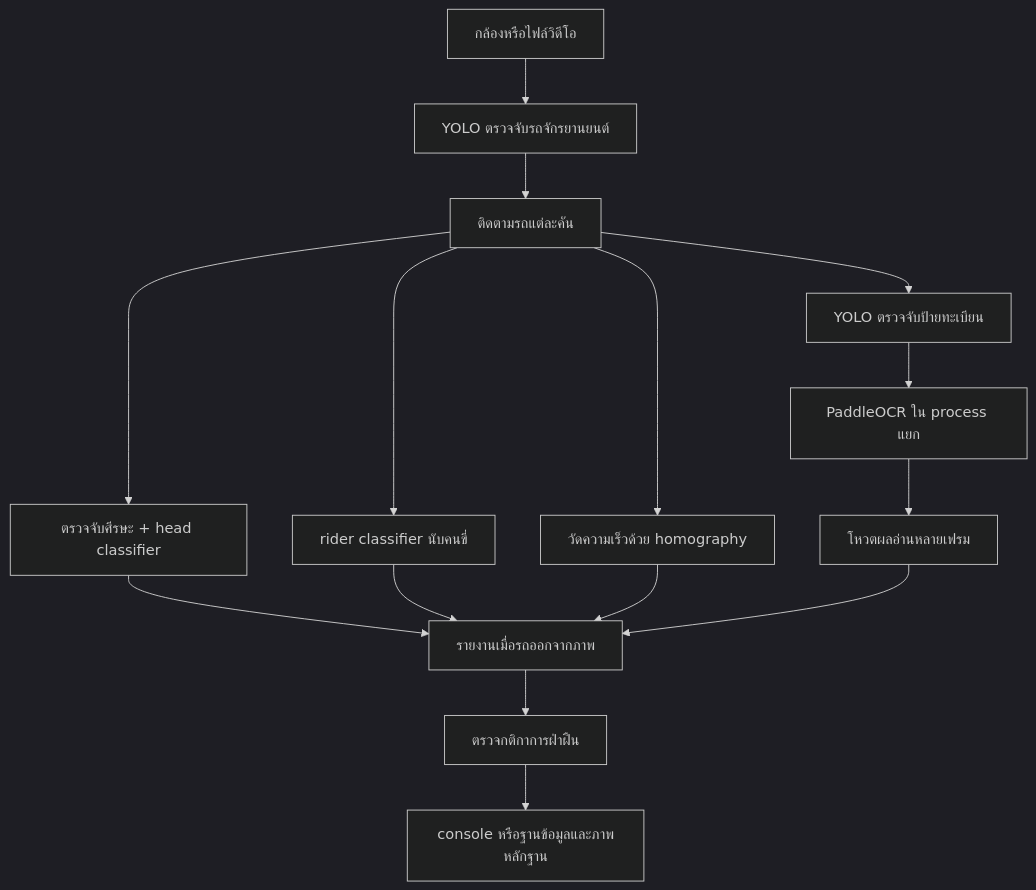
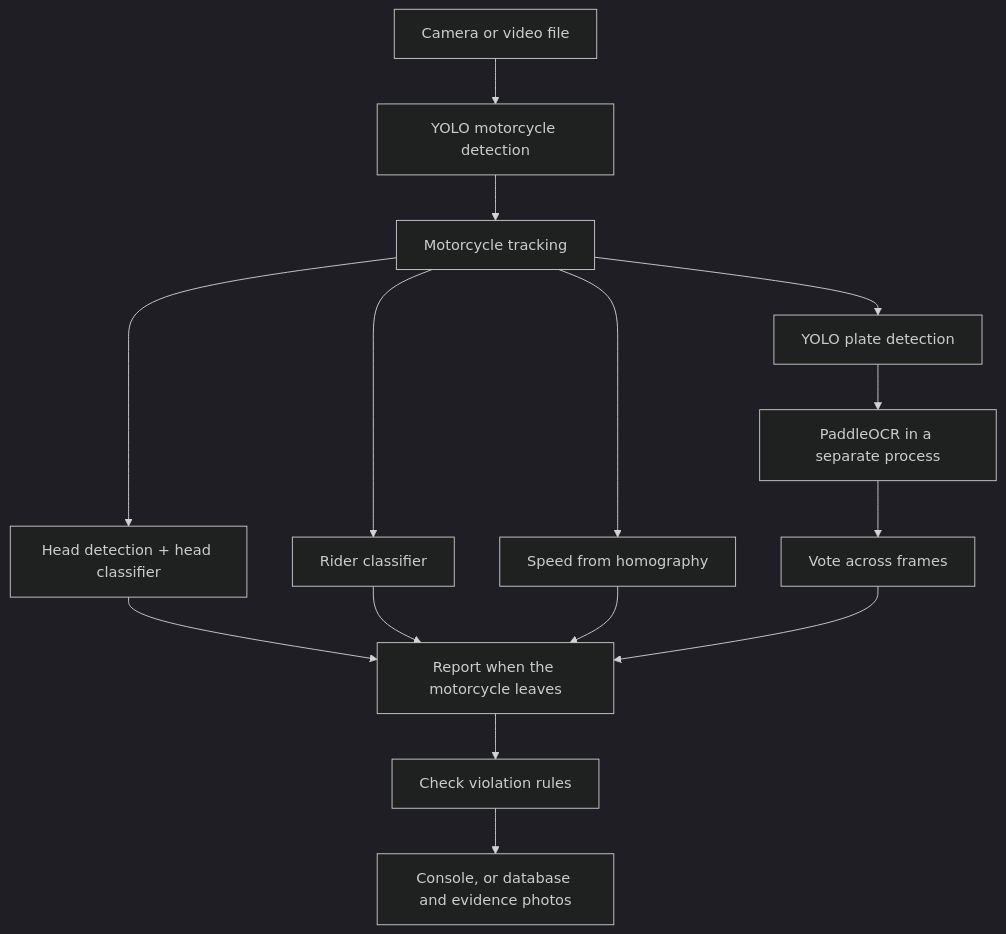
The diagram in README.md (OhmKittiphot/Smart-traffic-detect-motorcycle), drawn with Mermaid (dark theme) before and after one commit. The commit also changed other lines of this file, not shown here.

````diff
--- a/README.md
+++ b/README.md
@@ -245,17 +245,17 @@
 ```mermaid
 flowchart TD
-    A[กล้องหรือไฟล์วิดีโอ] --> B[YOLO ตรวจจับรถจักรยานยนต์]
-    B --> C[ติดตามรถแต่ละคัน]
-    C --> D[ตรวจจับศีรษะ + head classifier]
-    C --> E[rider classifier นับคนขี่]
-    C --> F[YOLO ตรวจจับป้ายทะเบียน]
-    C --> G[วัดความเร็วด้วย homography]
-    F --> H[PaddleOCR ใน process แยก]
-    H --> I[โหวตผลอ่านหลายเฟรม]
-    D --> J[รายงานเมื่อรถออกจากภาพ]
+    A[Camera or video file] --> B[YOLO motorcycle detection]
+    B --> C[Motorcycle tracking]
+    C --> D[Head detection + head classifier]
+    C --> E[Rider classifier]
+    C --> F[YOLO plate detection]
+    C --> G[Speed from homography]
+    F --> H[PaddleOCR in a separate process]
+    H --> I[Vote across frames]
+    D --> J[Report when the motorcycle leaves]
     E --> J
     G --> J
     I --> J
-    J --> K[ตรวจกติกาการฝ่าฝืน]
-    K --> L[console หรือฐานข้อมูลและภาพหลักฐาน]
+    J --> K[Check violation rules]
+    K --> L[Console, or database and evidence photos]
 ```
````
